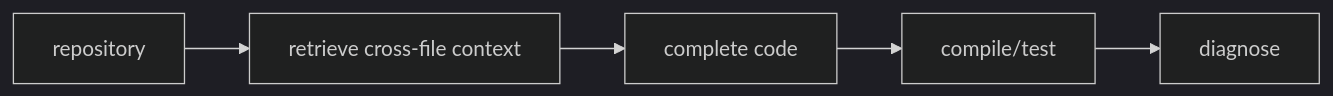
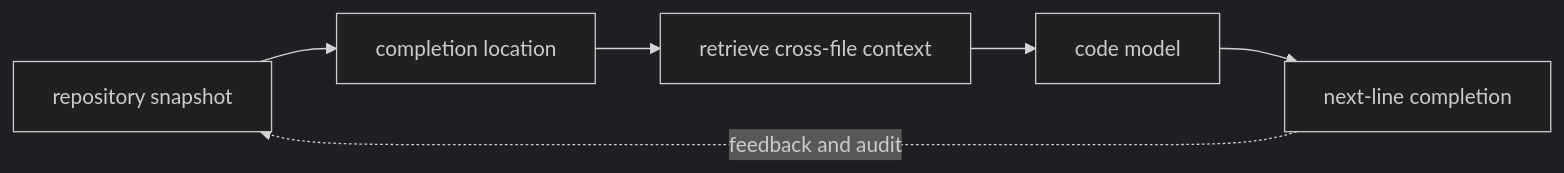
Before and after one commit to niyama-admin/learning-lab: the first of 2 diagrams in llm-learning-repository/tutorials/03-evaluation-and-code/15-repobench.md, drawn with Mermaid (dark theme). The commit also changed other lines of this file and 24 other files, not shown here.

````diff
--- a/llm-learning-repository/tutorials/03-evaluation-and-code/15-repobench.md
+++ b/llm-learning-repository/tutorials/03-evaluation-and-code/15-repobench.md
@@ -9,7 +22,8 @@
 ```mermaid
 flowchart LR
-  A["repository"] --> B["retrieve cross-file context"]
-  B["retrieve cross-file context"] --> C["complete code"]
-  C["complete code"] --> D["compile/test"]
-  D["compile/test"] --> E["diagnose"]
+  A["repository snapshot"] --> B["completion location"]
+  B --> C["retrieve cross-file context"]
+  C --> D["code model"]
+  D --> E["next-line completion"]
+  E -. feedback and audit .-> A
 ```
````
